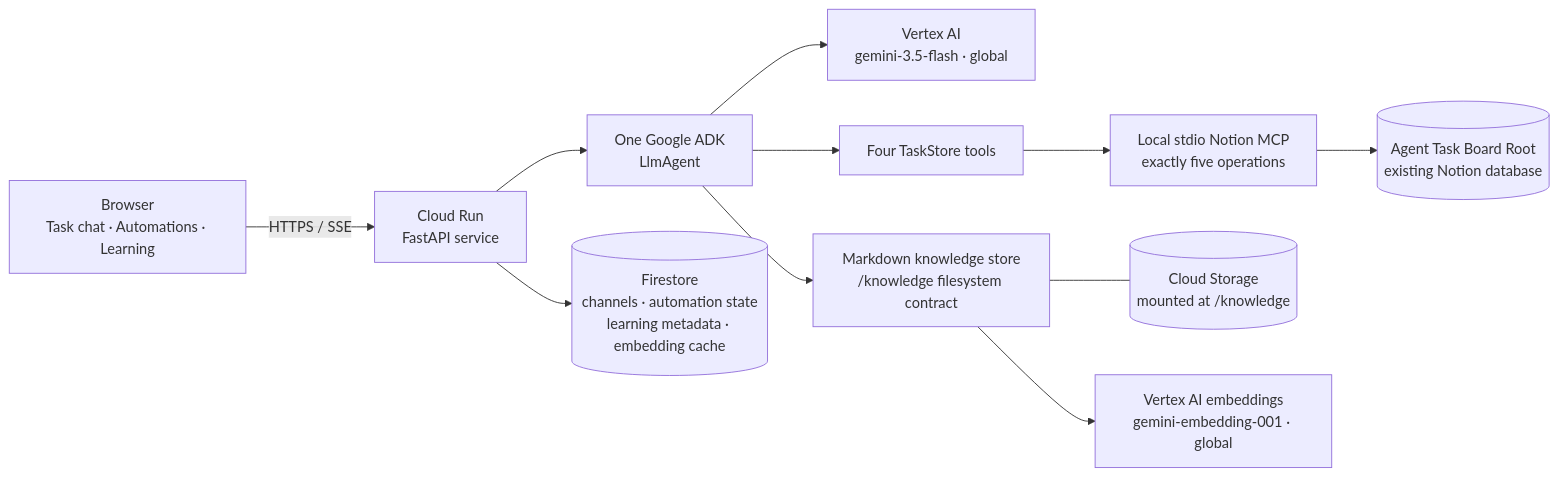
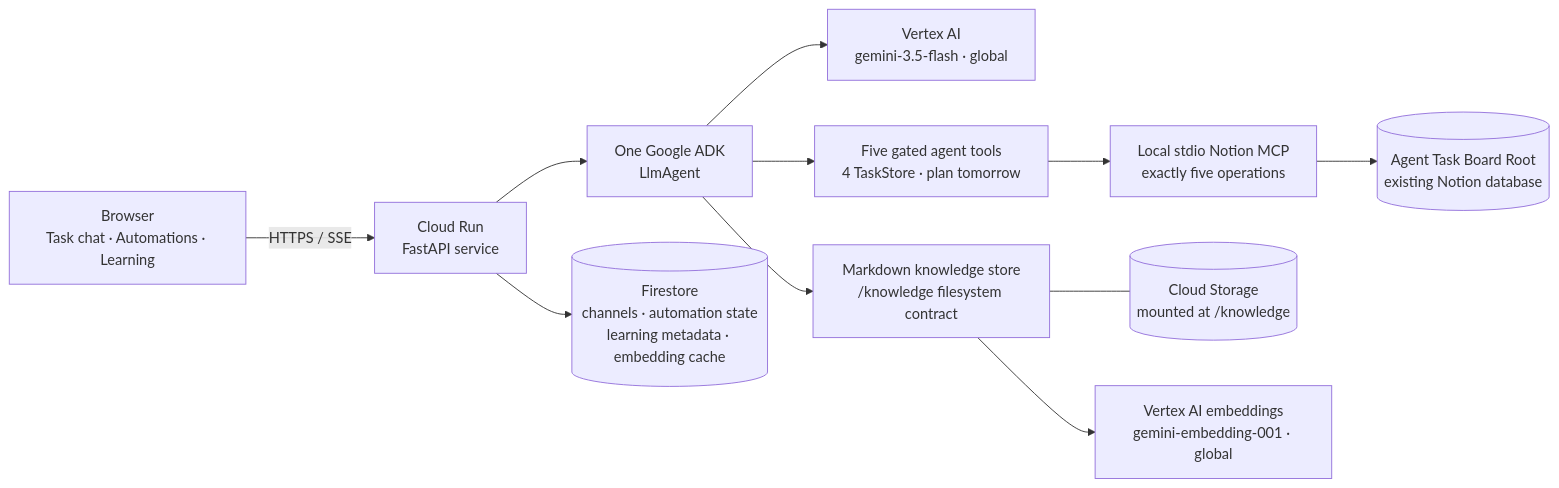
Before and after one commit to Avischai-G/avi-notes-assistant: the diagram in docs/architecture.md, drawn with Mermaid. The commit also changed other lines of this file and 19 other files, not shown here.

````diff
--- a/docs/architecture.md
+++ b/docs/architecture.md
@@ -6,25 +6,25 @@
 ```mermaid
 flowchart LR
     B[Browser\nTask chat · Automations · Learning]
     API[Cloud Run\nFastAPI service]
     A[One Google ADK\nLlmAgent]
     V[Vertex AI\ngemini-3.5-flash · global]
-    T[Four TaskStore tools]
+    T[Five gated agent tools\n4 TaskStore · plan tomorrow]
     M[Local stdio Notion MCP\nexactly five operations]
     N[(Agent Task Board Root\nexisting Notion database)]
     F[(Firestore\nchannels · automation state\nlearning metadata · embedding cache)]
     K[Markdown knowledge store\n/knowledge filesystem contract]
     G[(Cloud Storage\nmounted at /knowledge)]
     E[Vertex AI embeddings\ngemini-embedding-001 · global]
 
     B -->|HTTPS / SSE| API
     API --> A
     A --> V
     A --> T
     T --> M
     M --> N
     API --> F
     A --> K
     K --- G
     K --> E
 ```
````
